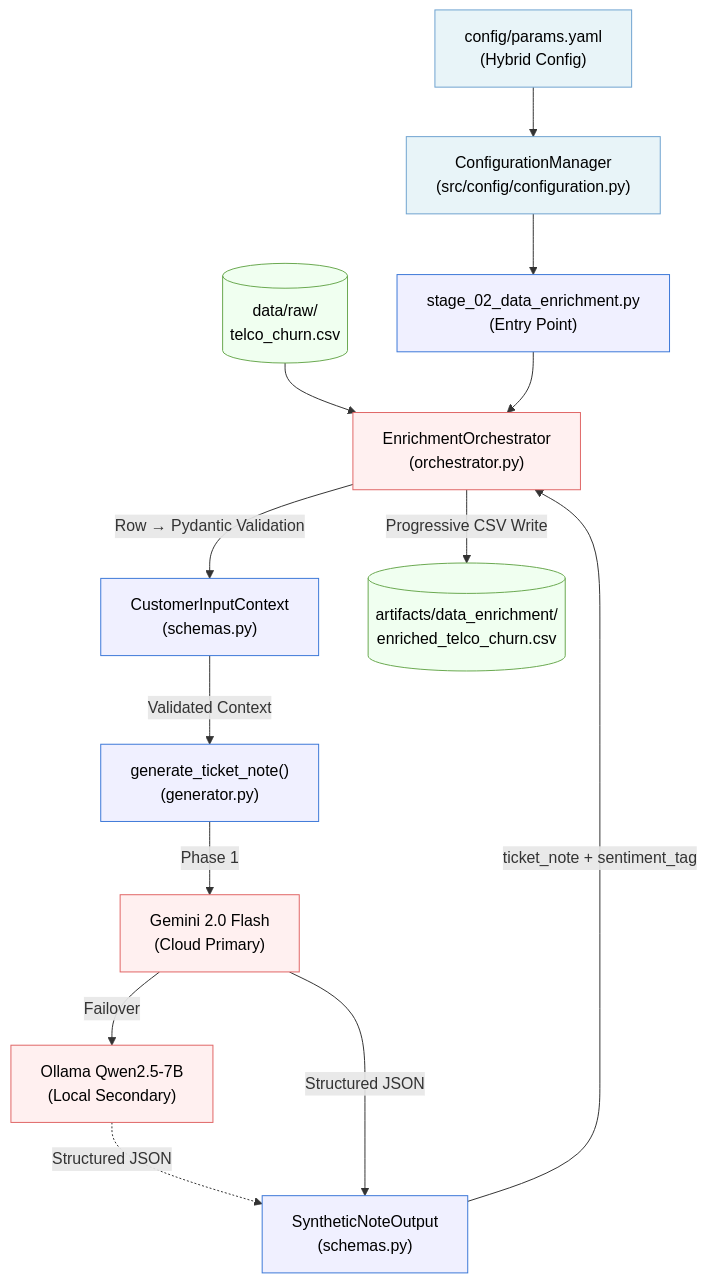
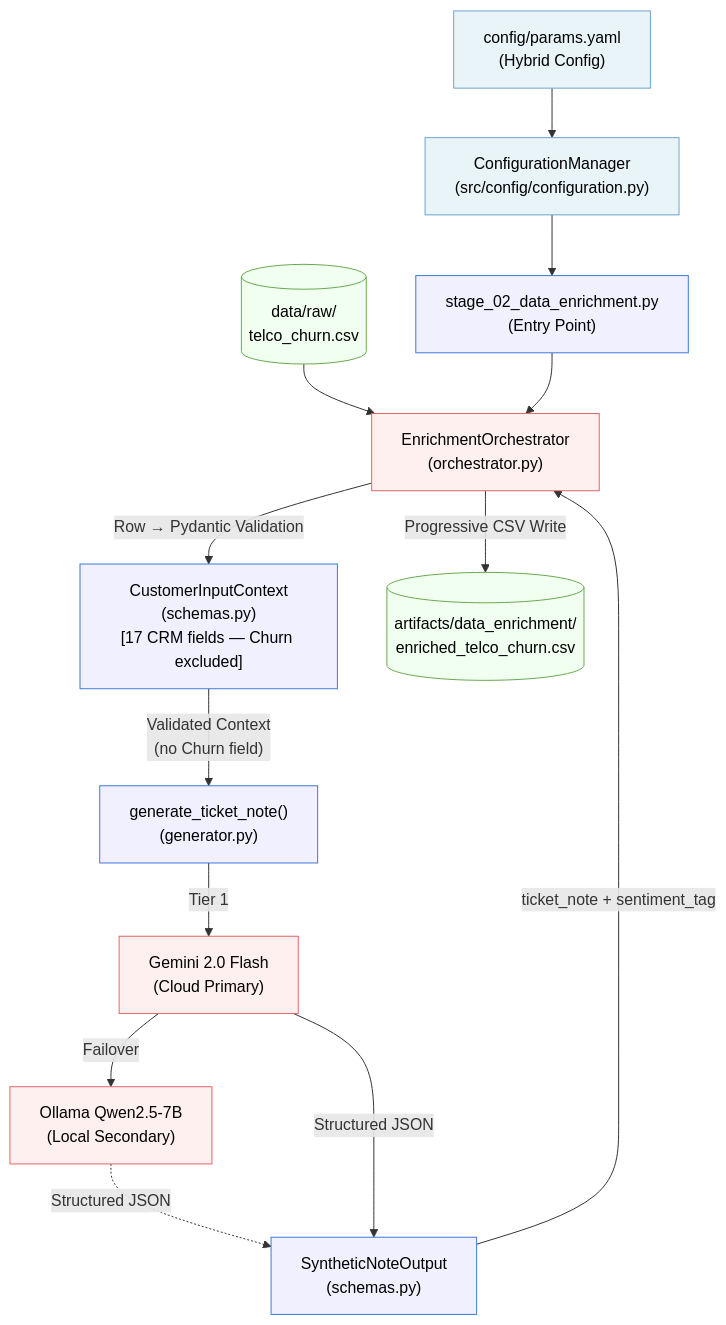
One commit to SebastianGarrido2790/ai-ml-telecom-customer-churn changed the diagram in reports/docs/architecture/data_enrichment.md. Above: the diagram before and after it, drawn with Mermaid. The commit also changed other lines of this file and 43 other files, not shown here.

````diff
--- a/reports/docs/architecture/data_enrichment.md
+++ b/reports/docs/architecture/data_enrichment.md
@@ -46,31 +50,31 @@
 ```mermaid
 flowchart TD
     classDef config fill:#e8f4f8,stroke:#6fa3d0,color:#000;
     classDef brain fill:#fff0f0,stroke:#e06666,color:#000;
     classDef brawn fill:#f0f0ff,stroke:#3c78d8,color:#000;
     classDef data fill:#f0fff0,stroke:#6aa84f,color:#000;
 
     ParamsYAML["config/params.yaml\n(Hybrid Config)"]:::config
     ConfigMgr["ConfigurationManager\n(src/config/configuration.py)"]:::config
     RawCSV[("data/raw/\ntelco_churn.csv")]:::data
     Stage2["stage_02_data_enrichment.py\n(Entry Point)"]:::brawn
     Orch["EnrichmentOrchestrator\n(orchestrator.py)"]:::brain
-    Schema["CustomerInputContext\n(schemas.py)"]:::brawn
+    Schema["CustomerInputContext\n(schemas.py)\n[17 CRM fields — Churn excluded]"]:::brawn
     Gen["generate_ticket_note()\n(generator.py)"]:::brawn
     PrimaryLLM["Gemini 2.0 Flash\n(Cloud Primary)"]:::brain
     SecondaryLLM["Ollama Qwen2.5-7B\n(Local Secondary)"]:::brain
     OutputSchema["SyntheticNoteOutput\n(schemas.py)"]:::brawn
     EnrichedCSV[("artifacts/data_enrichment/\nenriched_telco_churn.csv")]:::data
 
     ParamsYAML --> ConfigMgr --> Stage2
     RawCSV --> Orch
     Stage2 --> Orch
     Orch -->|"Row → Pydantic Validation"| Schema
-    Schema -->|"Validated Context"| Gen
-    Gen -->|"Phase 1"| PrimaryLLM
+    Schema -->|"Validated Context\n(no Churn field)"| Gen
+    Gen -->|"Tier 1"| PrimaryLLM
     PrimaryLLM -->|"Failover"| SecondaryLLM
     SecondaryLLM -.->|"Structured JSON"| OutputSchema
     PrimaryLLM -->|"Structured JSON"| OutputSchema
     OutputSchema -->|"ticket_note + sentiment_tag"| Orch
     Orch -->|"Progressive CSV Write"| EnrichedCSV
 ```
````
